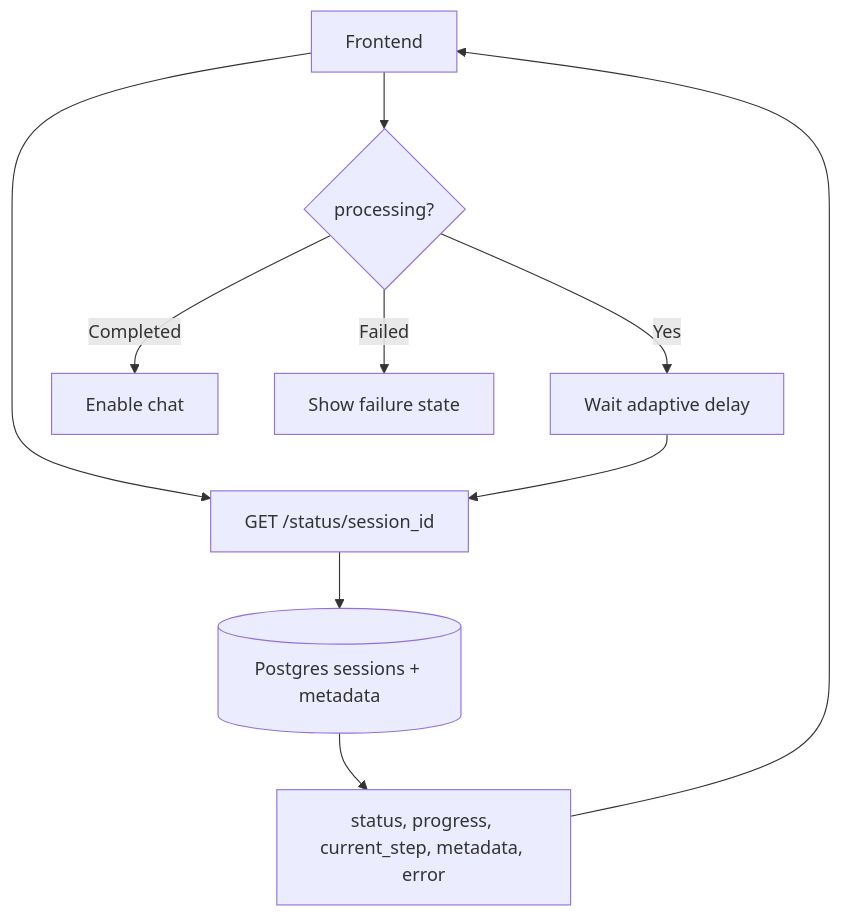
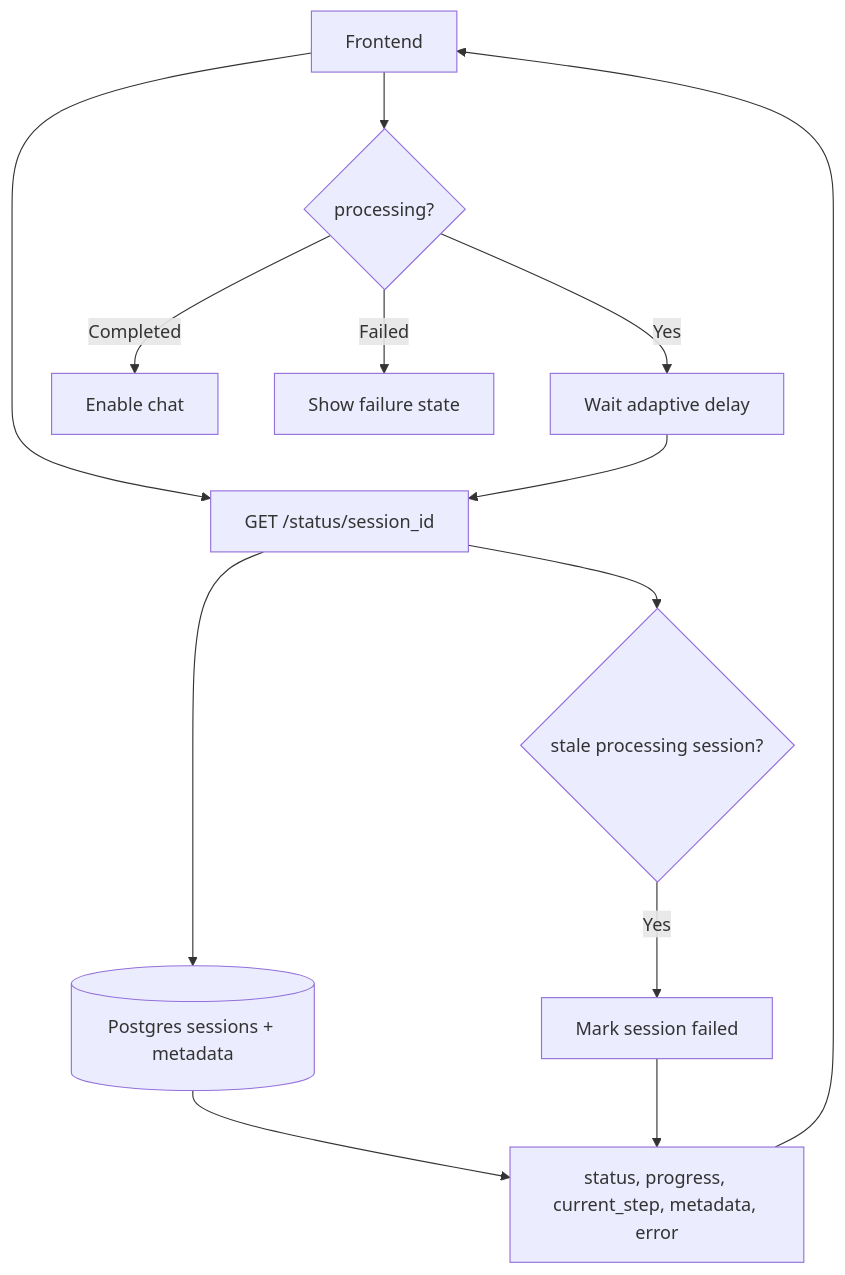
Before and after one commit to nirmaljb/CreatorGPT: the third of 5 diagrams in docs/phase/phase-1.md, drawn with Mermaid. The commit also changed other lines of this file and 12 other files, not shown here.

Commit message:
feat: implement stale ingestion detection in status endpoint and enforce clean frontend session state on refresh

````diff
--- a/docs/phase/phase-1.md
+++ b/docs/phase/phase-1.md
@@ -107,12 +109,15 @@
 ```mermaid
 flowchart TD
     UI[Frontend] --> Status[GET /status/session_id]
     Status --> Postgres[(Postgres sessions + metadata)]
     Postgres --> Response[status, progress, current_step, metadata, error]
     Response --> UI
     UI --> Decision{processing?}
     Decision -- Yes --> Adaptive[Wait adaptive delay]
     Adaptive --> Status
     Decision -- Completed --> EnableChat[Enable chat]
     Decision -- Failed --> ShowError[Show failure state]
+    Status --> Stale{stale processing session?}
+    Stale -- Yes --> MarkFailed[Mark session failed]
+    MarkFailed --> Response
 ```
````
